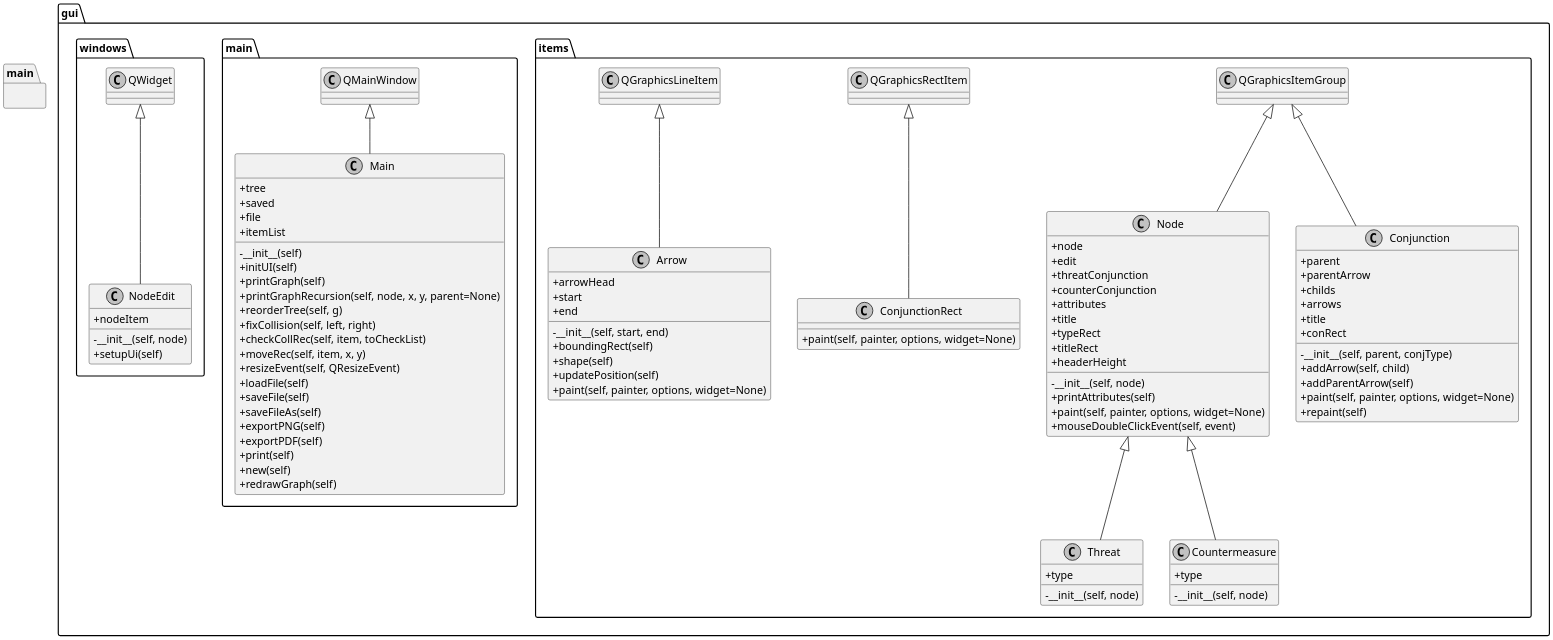
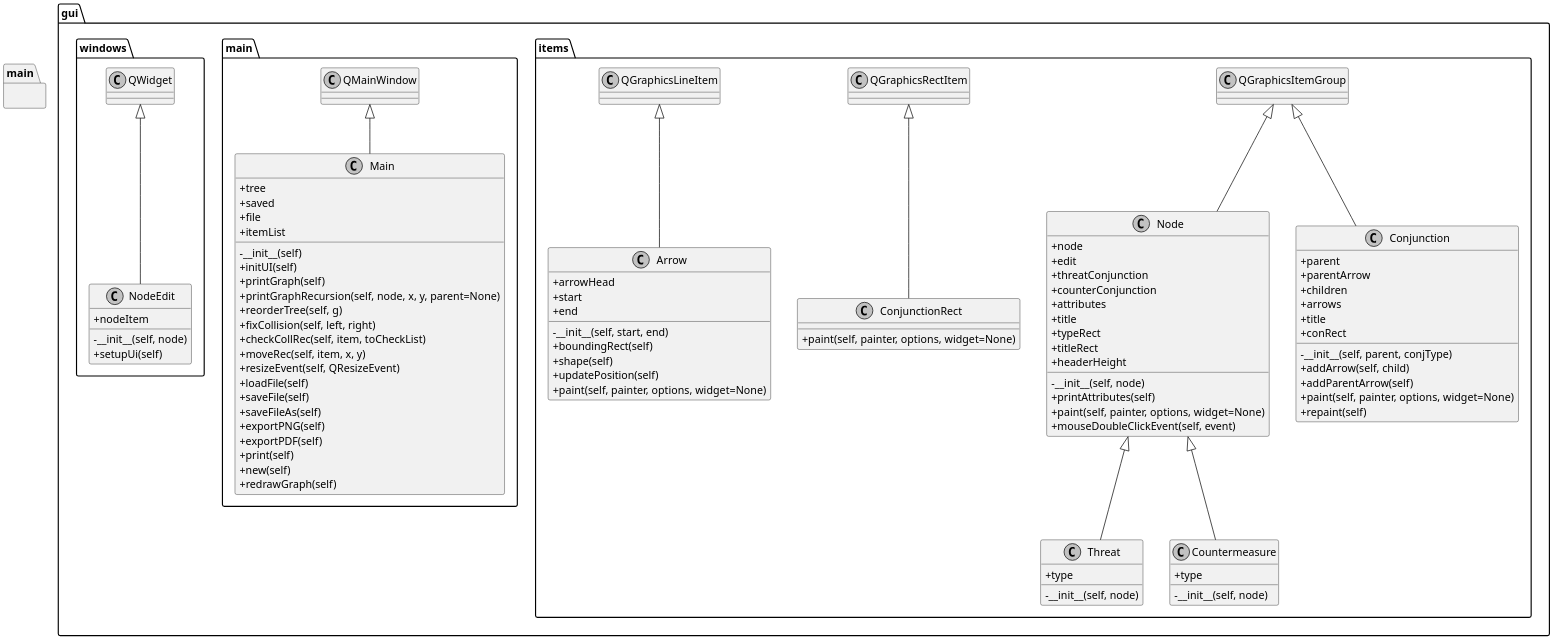
One commit to 0x6b7966/attackTreeDraw changed the diagram in doc/uml/gui.puml. Above: the diagram before and after it, drawn with PlantUML. The commit also changed 4 other files, not shown here.

```diff
--- a/doc/uml/gui.puml
+++ b/doc/uml/gui.puml
@@ -1,109 +1,109 @@
 @startuml
 skinparam monochrome true
 skinparam classAttributeIconSize 0
 scale 2
 
 namespace gui {
   namespace items {
     QGraphicsItemGroup <|-- Node
     class Node {
       +node
       +edit
       +threatConjunction
       +counterConjunction
       +attributes
       +title
       +typeRect
       +titleRect
       +headerHeight
       -__init__(self, node)
       +printAttributes(self)
       +paint(self, painter, options, widget=None)
       +mouseDoubleClickEvent(self, event)
     }
 
     Node <|-- Threat
     class Threat {
       +type
       -__init__(self, node)
     }
 
     Node <|-- Countermeasure
     class Countermeasure {
       +type
       -__init__(self, node)
     }
 
     QGraphicsItemGroup <|-- Conjunction
     class Conjunction {
       +parent
       +parentArrow
-      +childs
+      +children
       +arrows
       +title
       +conRect
       -__init__(self, parent, conjType)
       +addArrow(self, child)
       +addParentArrow(self)
       +paint(self, painter, options, widget=None)
       +repaint(self)
     }
 
     QGraphicsRectItem <|-- ConjunctionRect
     class ConjunctionRect {
       +paint(self, painter, options, widget=None)
     }
 
     QGraphicsLineItem <|-- Arrow
     class Arrow {
       +arrowHead
       +start
       +end
       -__init__(self, start, end)
       +boundingRect(self)
       +shape(self)
       +updatePosition(self)
       +paint(self, painter, options, widget=None)
     }
 
   }
   namespace main {
     QMainWindow <|-- Main
     class Main {
       +tree
       +saved
       +file
       +itemList
       -__init__(self)
       +initUI(self)
       +printGraph(self)
       +printGraphRecursion(self, node, x, y, parent=None)
       +reorderTree(self, g)
       +fixCollision(self, left, right)
       +checkCollRec(self, item, toCheckList)
       +moveRec(self, item, x, y)
       +resizeEvent(self, QResizeEvent)
       +loadFile(self)
       +saveFile(self)
       +saveFileAs(self)
       +exportPNG(self)
       +exportPDF(self)
       +print(self)
       +new(self)
       +redrawGraph(self)
     }
 
   }
   namespace windows {
     QWidget <|-- NodeEdit
     class NodeEdit {
       +nodeItem
       -__init__(self, node)
       +setupUi(self)
     }
 
   }
 }
 namespace main {
 }
 @enduml
```
